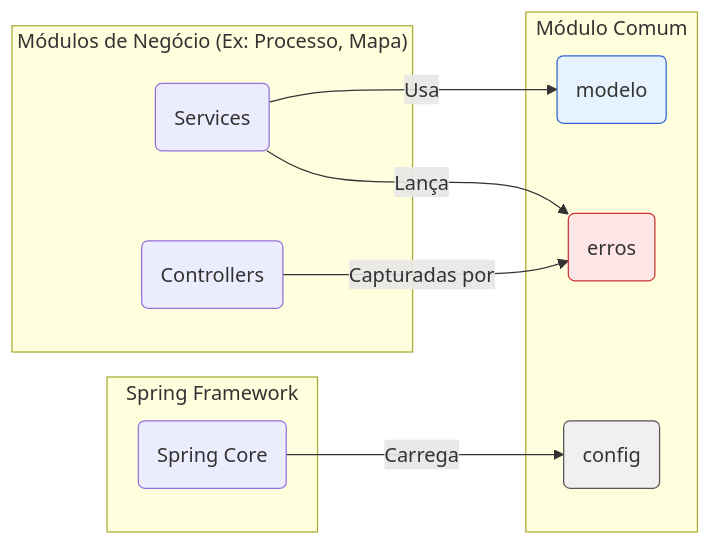
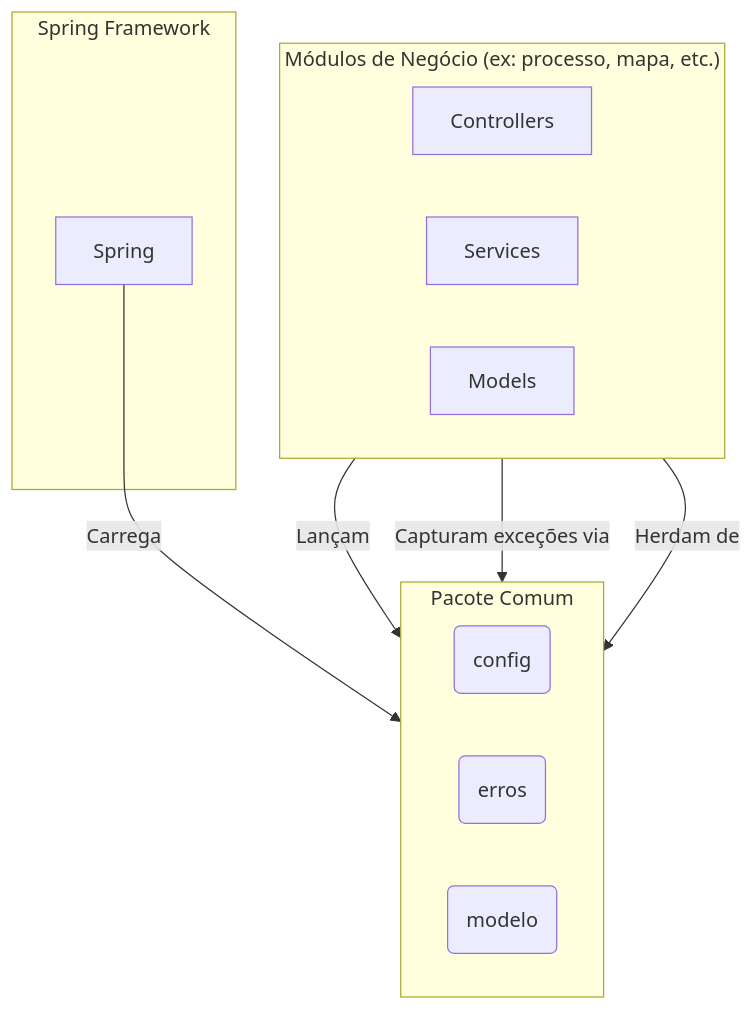
The diagram in backend/src/main/java/sgc/comum/README.md (lgalvao/sgc), drawn with Mermaid before and after one commit. The commit also changed other lines of this file and 12 other files, not shown here.

````diff
--- a/backend/src/main/java/sgc/comum/README.md
+++ b/backend/src/main/java/sgc/comum/README.md
@@ -15,27 +11,27 @@
 ```mermaid
-graph LR
-    subgraph "Módulos de Negócio (Ex: Processo, Mapa)"
-        A(Services)
-        B(Controllers)
+graph TD
+    subgraph "Módulos de Negócio (ex: processo, mapa, etc.)"
+        direction LR
+        Controllers
+        Services
+        Models
     end
 
-    subgraph "Módulo Comum"
-        C(modelo)
-        D(erros)
-        E(config)
+    subgraph "Pacote Comum"
+        direction LR
+        Config(config)
+        Erros(erros)
+        ModeloBase(modelo)
     end
 
-    A -- Usa --> C
-    A -- Lança --> D
-    B -- Capturadas por --> D
+    Services -- Lançam --> Erros
+    Controllers -- Capturam exceções via --> Erros
+    Models -- Herdam de --> ModeloBase
 
     subgraph "Spring Framework"
-        G(Spring Core)
+        Spring
     end
 
-    G -- Carrega --> E
+    Spring -- Carrega --> Config
 
-    style C fill:#e6f3ff,stroke:#36c
-    style D fill:#ffe6e6,stroke:#c33
-    style E fill:#f0f0f0,stroke:#555
 ```
````
